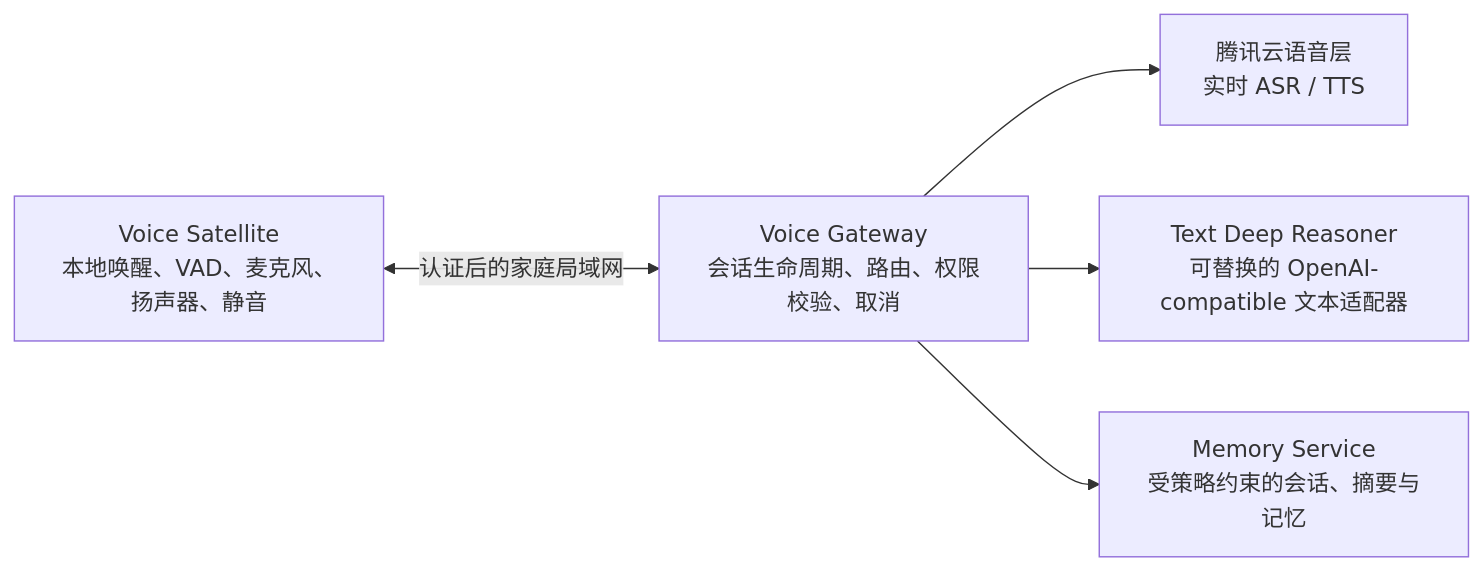
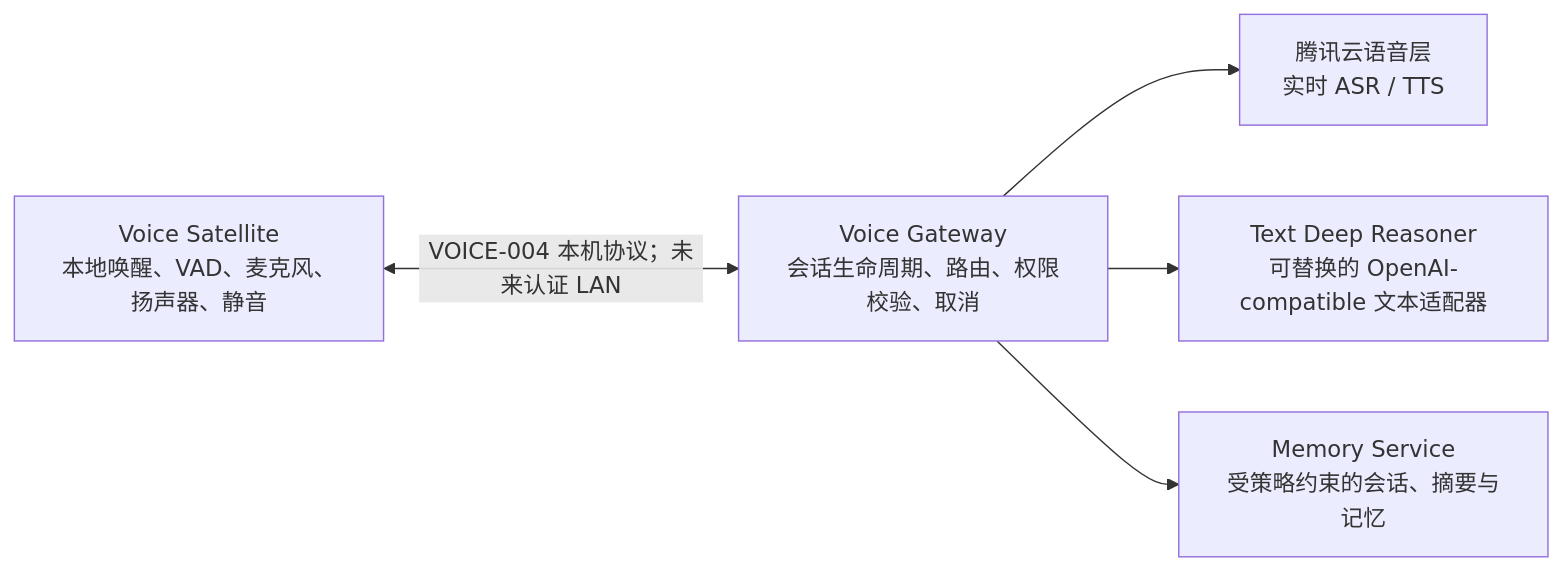
The diagram in README.md (Huafanfan/sol-home-assistant), drawn with Mermaid before and after one commit. The commit also changed other lines of this file and 7 other files, not shown here.

````diff
--- a/README.md
+++ b/README.md
@@ -30,13 +31,13 @@
 ```mermaid
 flowchart LR
     S["Voice Satellite\n本地唤醒、VAD、麦克风、扬声器、静音"]
     G["Voice Gateway\n会话生命周期、路由、权限校验、取消"]
     V["腾讯云语音层\n实时 ASR / TTS"]
     R["Text Deep Reasoner\n可替换的 OpenAI-compatible 文本适配器"]
     M["Memory Service\n受策略约束的会话、摘要与记忆"]
 
-    S <-->|"认证后的家庭局域网"| G
+    S <-->|"VOICE-004 本机协议；未来认证 LAN"| G
     G --> V
     G --> R
     G --> M
 ```
````
